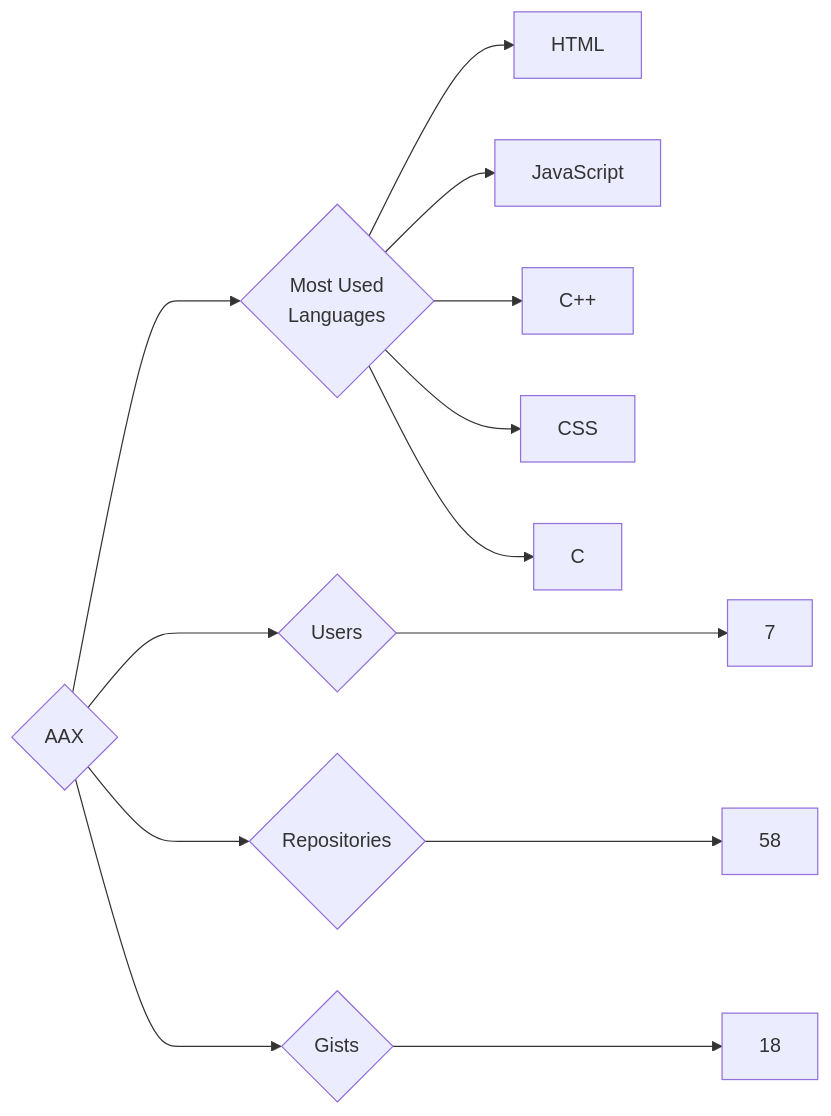
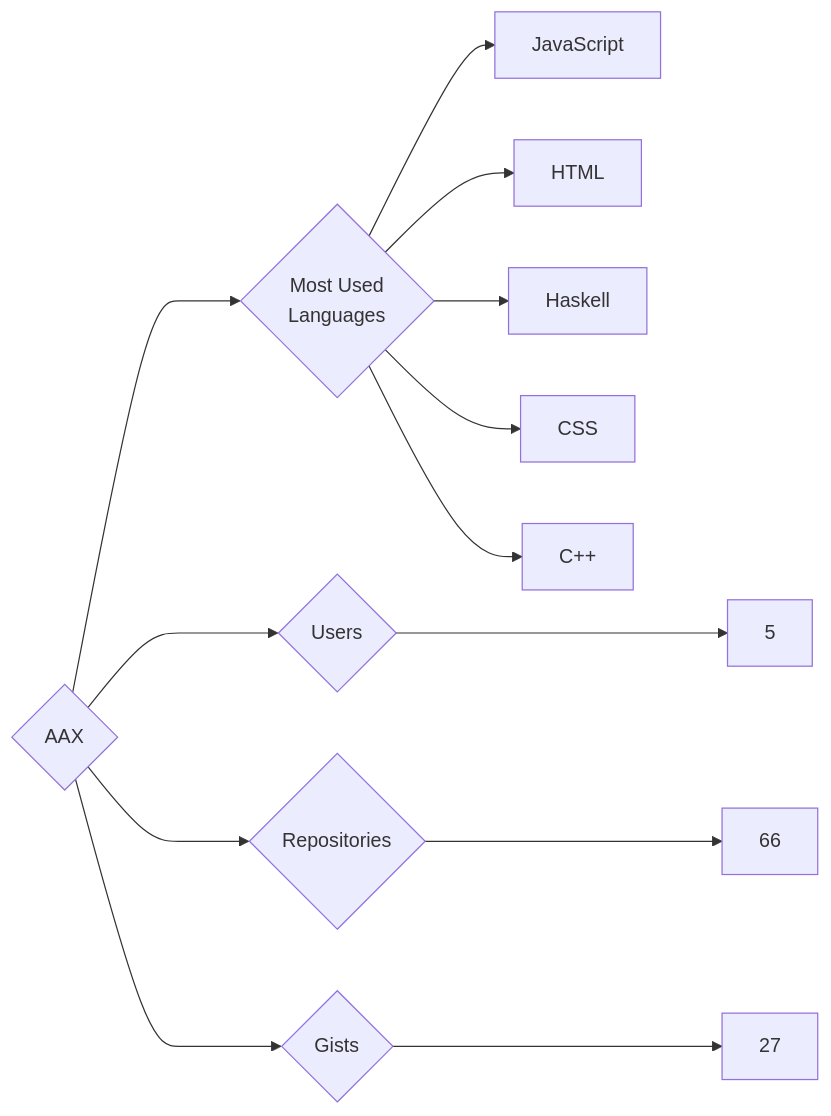
Before and after one commit to trickest/insiders: the diagram in targets/AAX/README.md, drawn with Mermaid. The commit also changed 1170 other files, not shown here.

````diff
--- a/targets/AAX/README.md
+++ b/targets/AAX/README.md
@@ -3,13 +3,13 @@
 ```mermaid
 graph LR
 COMPANY_NAME{AAX}
-COMPANY_NAME ---> U{Users} ---> UN[7]
-COMPANY_NAME ---> R{Repositories} ---> RN[58]
-COMPANY_NAME ---> G{Gists} ---> GN[18]
+COMPANY_NAME ---> U{Users} ---> UN[5]
+COMPANY_NAME ---> R{Repositories} ---> RN[66]
+COMPANY_NAME ---> G{Gists} ---> GN[27]
 COMPANY_NAME ---> ML{Most Used<br>Languages}
+ML --> JavaScript[JavaScript]
 ML --> HTML[HTML]
-ML --> JavaScript[JavaScript]
+ML --> Haskell[Haskell]
+ML --> CSS[CSS]
 ML --> C++[C++]
-ML --> CSS[CSS]
-ML --> C[C]
 ```
````
